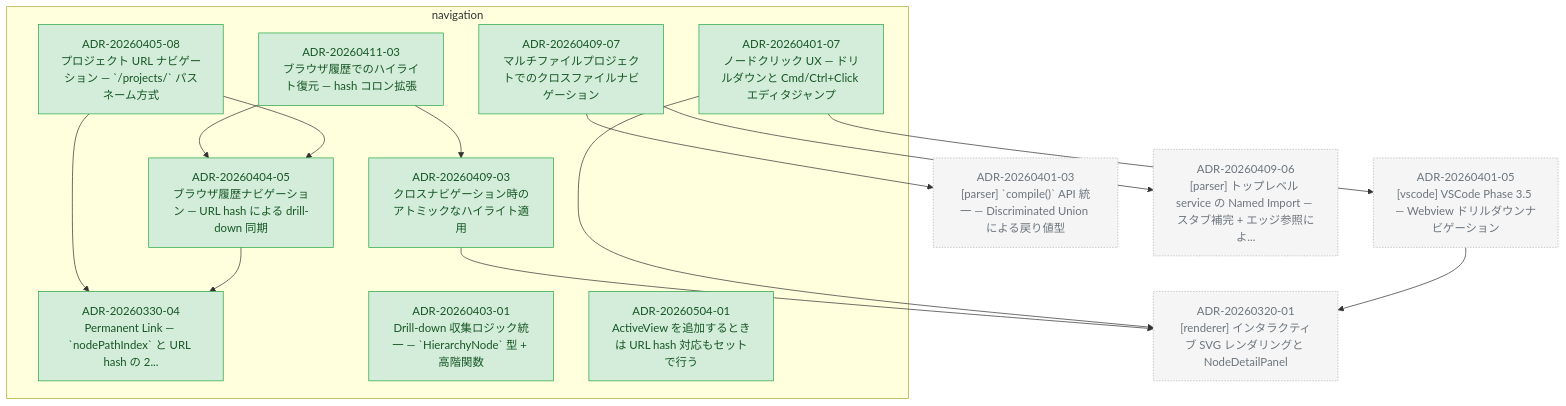
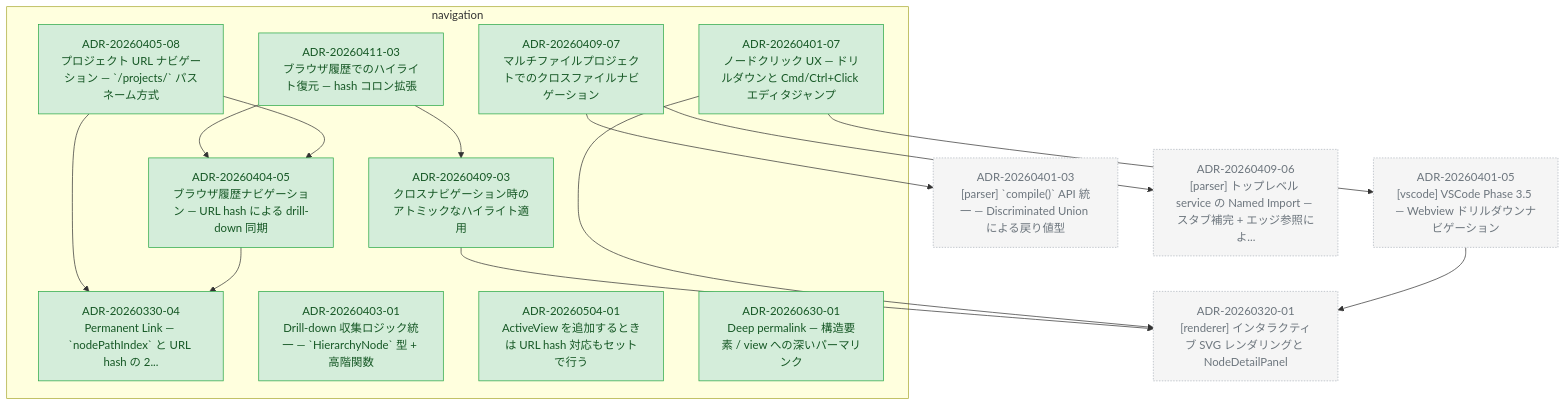
One commit to kompiro/karasu changed the diagram in docs/adr/graph/navigation.md. Above: the diagram before and after it, drawn with Mermaid. The commit also changed other lines of this file and 5 other files, not shown here.

First line of the commit message:
docs(adr): promote deep permalink design to ADR-20260630-01 (#1844)

````diff
--- a/docs/adr/graph/navigation.md
+++ b/docs/adr/graph/navigation.md
@@ -6,49 +6,51 @@
 ```mermaid
 flowchart TD
   subgraph navigation["navigation"]
     ADR_20260330_04["ADR-20260330-04<br/>Permanent Link — `nodePathIndex` と URL hash の 2..."]
     ADR_20260401_07["ADR-20260401-07<br/>ノードクリック UX — ドリルダウンと Cmd/Ctrl+Click エディタジャンプ"]
     ADR_20260403_01["ADR-20260403-01<br/>Drill-down 収集ロジック統一 — `HierarchyNode` 型 + 高階関数"]
     ADR_20260404_05["ADR-20260404-05<br/>ブラウザ履歴ナビゲーション — URL hash による drill-down 同期"]
     ADR_20260405_08["ADR-20260405-08<br/>プロジェクト URL ナビゲーション — `/projects/<uuid>` パスネーム方式"]
     ADR_20260409_03["ADR-20260409-03<br/>クロスナビゲーション時のアトミックなハイライト適用"]
     ADR_20260409_07["ADR-20260409-07<br/>マルチファイルプロジェクトでのクロスファイルナビゲーション"]
     ADR_20260411_03["ADR-20260411-03<br/>ブラウザ履歴でのハイライト復元 — hash コロン拡張"]
     ADR_20260504_01["ADR-20260504-01<br/>ActiveView を追加するときは URL hash 対応もセットで行う"]
+    ADR_20260630_01["ADR-20260630-01<br/>Deep permalink — 構造要素 / view への深いパーマリンク"]
   end
   ADR_20260320_01["ADR-20260320-01<br/>[renderer] インタラクティブ SVG レンダリングと NodeDetailPanel"]
   ADR_20260401_03["ADR-20260401-03<br/>[parser] `compile()` API 統一 — Discriminated Union による戻り値型"]
   ADR_20260401_05["ADR-20260401-05<br/>[vscode] VSCode Phase 3.5 — Webview ドリルダウンナビゲーション"]
   ADR_20260409_06["ADR-20260409-06<br/>[parser] トップレベル service の Named Import — スタブ補完 + エッジ参照によ..."]
   ADR_20260401_07 --> ADR_20260320_01
   ADR_20260401_07 --> ADR_20260401_05
   ADR_20260404_05 --> ADR_20260330_04
   ADR_20260405_08 --> ADR_20260404_05
   ADR_20260405_08 --> ADR_20260330_04
   ADR_20260409_03 --> ADR_20260320_01
   ADR_20260409_07 --> ADR_20260409_06
   ADR_20260409_07 --> ADR_20260401_03
   ADR_20260411_03 --> ADR_20260409_03
   ADR_20260411_03 --> ADR_20260404_05
   ADR_20260401_05 --> ADR_20260320_01
 
   classDef accepted fill:#d4edda,stroke:#28a745,color:#155724
   classDef proposed fill:#fff3cd,stroke:#ffc107,color:#856404
   classDef deprecated fill:#f8d7da,stroke:#dc3545,color:#721c24
   classDef superseded fill:#e2e3e5,stroke:#6c757d,color:#383d41
   classDef not_adopted fill:#e2e3e5,stroke:#6c757d,color:#383d41,stroke-dasharray:3 3
   classDef ghost fill:#f5f5f5,stroke:#adb5bd,color:#6c757d,stroke-dasharray:2 2
   class ADR_20260330_04 accepted
   class ADR_20260401_07 accepted
   class ADR_20260403_01 accepted
   class ADR_20260404_05 accepted
   class ADR_20260405_08 accepted
   class ADR_20260409_03 accepted
   class ADR_20260409_07 accepted
   class ADR_20260411_03 accepted
   class ADR_20260504_01 accepted
+  class ADR_20260630_01 accepted
   class ADR_20260320_01 ghost
   class ADR_20260401_03 ghost
   class ADR_20260401_05 ghost
   class ADR_20260409_06 ghost
 ```
````
